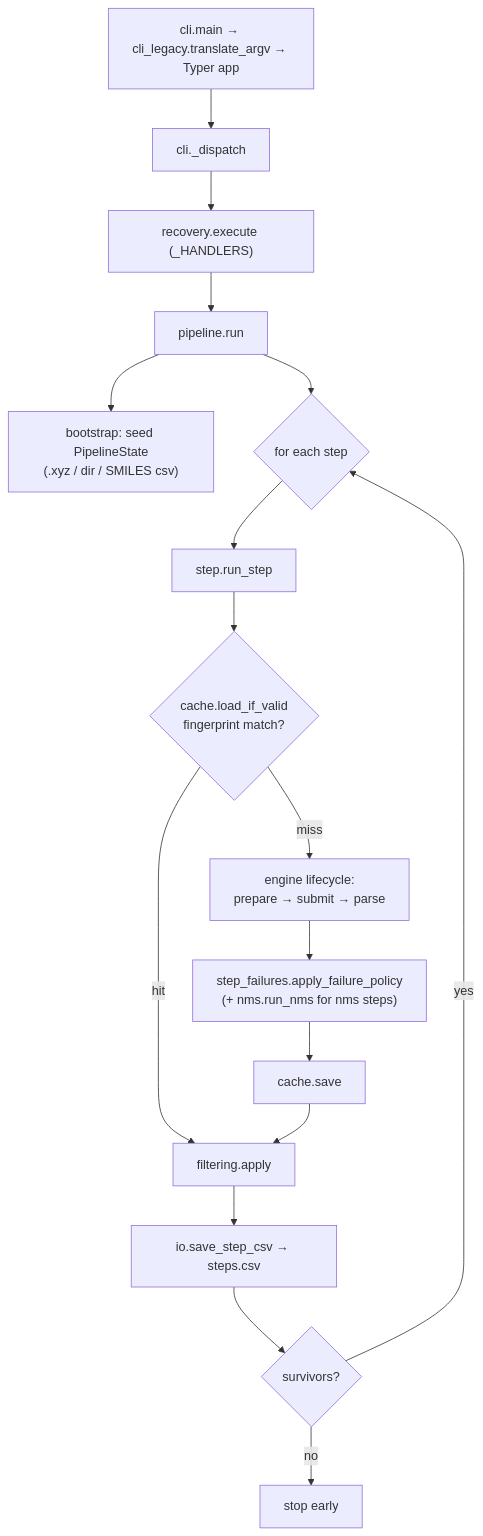
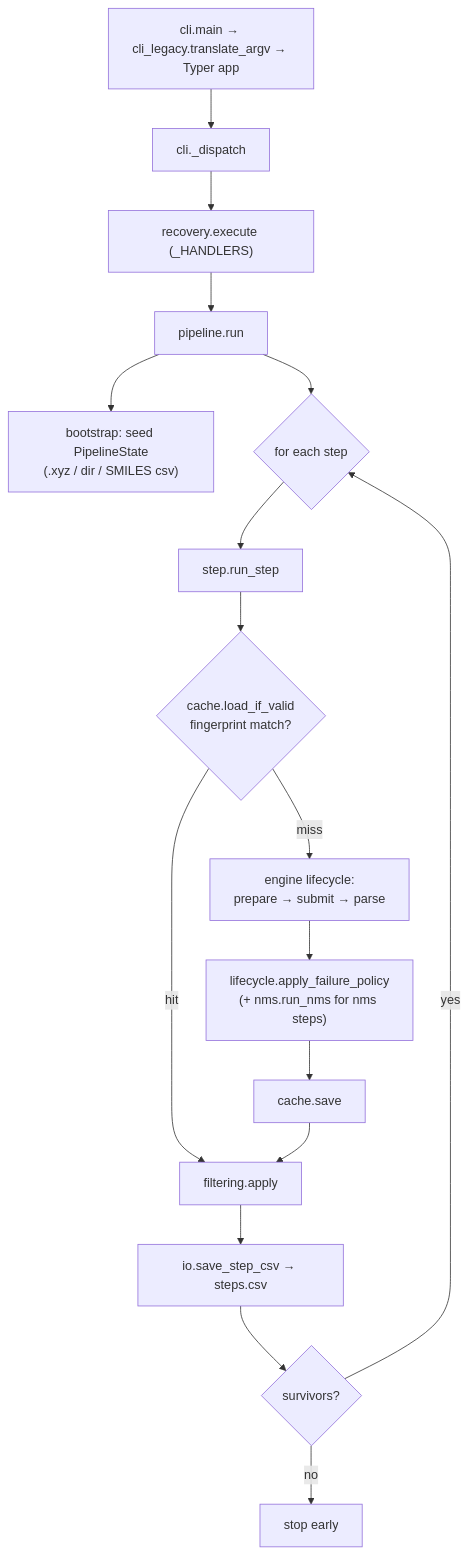
One commit to sterling-group/ChemRefine changed the first of 2 diagrams in docs/concepts/architecture.md. Above: the diagram before and after it, drawn with Mermaid. The commit also changed other lines of this file and 14 other files, not shown here.

````diff
--- a/docs/concepts/architecture.md
+++ b/docs/concepts/architecture.md
@@ -56,19 +57,19 @@
 ```mermaid
 flowchart TD
   CLI["cli.main → cli_legacy.translate_argv → Typer app"] --> DISP["cli._dispatch"]
   DISP --> REC["recovery.execute (_HANDLERS)"]
   REC --> RUN["pipeline.run"]
   RUN --> BOOT["bootstrap: seed PipelineState\n(.xyz / dir / SMILES csv)"]
   RUN --> LOOP{"for each step"}
   LOOP --> STEP["step.run_step"]
   STEP --> CACHE{"cache.load_if_valid\nfingerprint match?"}
   CACHE -- hit --> FILT["filtering.apply"]
   CACHE -- miss --> LIFE["engine lifecycle:\nprepare → submit → parse"]
-  LIFE --> POL["step_failures.apply_failure_policy\n(+ nms.run_nms for nms steps)"]
+  LIFE --> POL["lifecycle.apply_failure_policy\n(+ nms.run_nms for nms steps)"]
   POL --> SAVE["cache.save"]
   SAVE --> FILT
   FILT --> CSV["io.save_step_csv → steps.csv"]
   CSV --> NEXT{"survivors?"}
   NEXT -- yes --> LOOP
   NEXT -- no --> STOP["stop early"]
 ```
````
